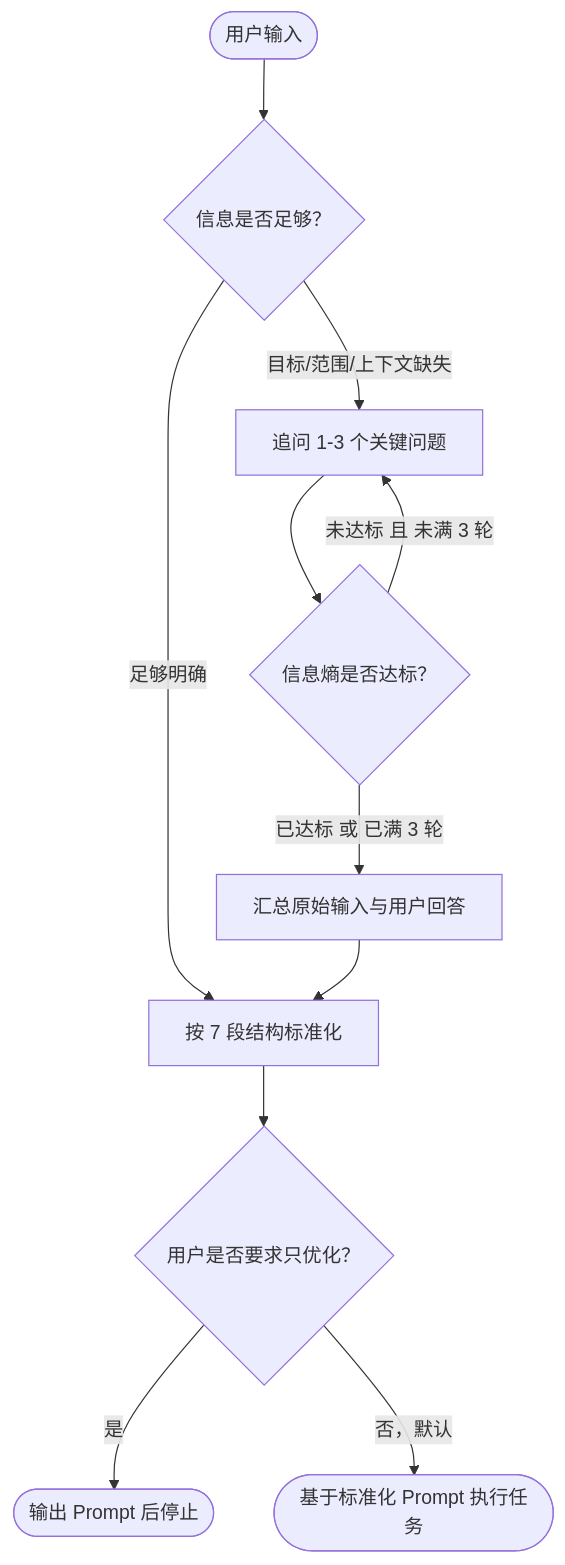
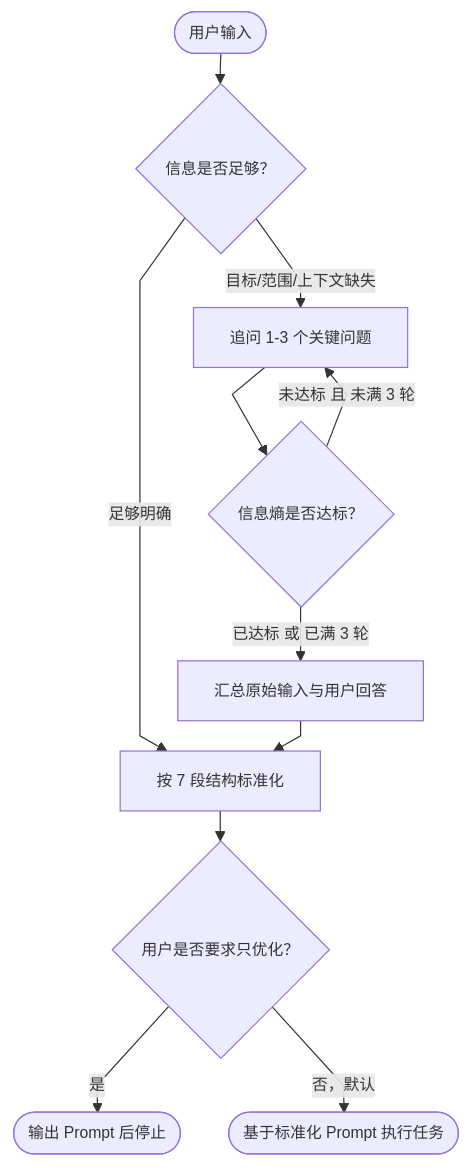
The diagram in README.md (Jupiter363/universal-prompt-optimizer-skill), drawn with Mermaid before and after one commit. The commit also changed other lines of this file and 1 other file, not shown here.

````diff
--- a/README.md
+++ b/README.md
@@ -72,17 +70,18 @@
 ```mermaid
+%%{init: {"flowchart": {"nodeSpacing": 40, "rankSpacing": 25, "curve": "linear"}, "themeVariables": {"fontSize": "13px"}} }%%
 flowchart TD
     A([用户输入]) --> B{信息是否足够？}
 
     B -->|足够明确| F[标准化 Prompt]
     B -->|目标/范围/上下文缺失| C[追问 1-3 个关键问题]
 
     C --> D{信息熵是否达标？}
     D -->|未达标 且 未满 3 轮| C
     D -->|已达标 或 已满 3 轮| E[汇总原始输入与用户回答]
 
     E --> F[按 7 段结构标准化]
     F --> G{用户是否要求只优化？}
 
     G -->|是| H([输出 Prompt 后停止])
     G -->|否，默认| I([基于标准化 Prompt 执行任务])
 ```
````
